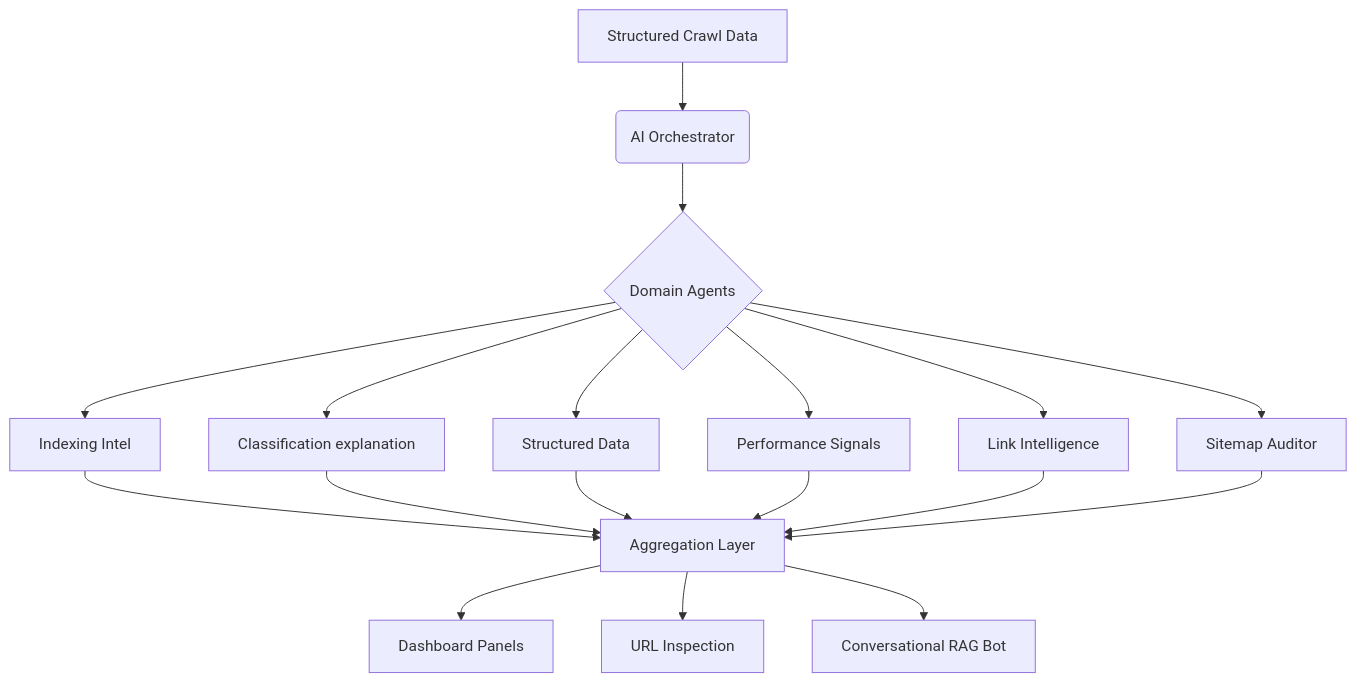
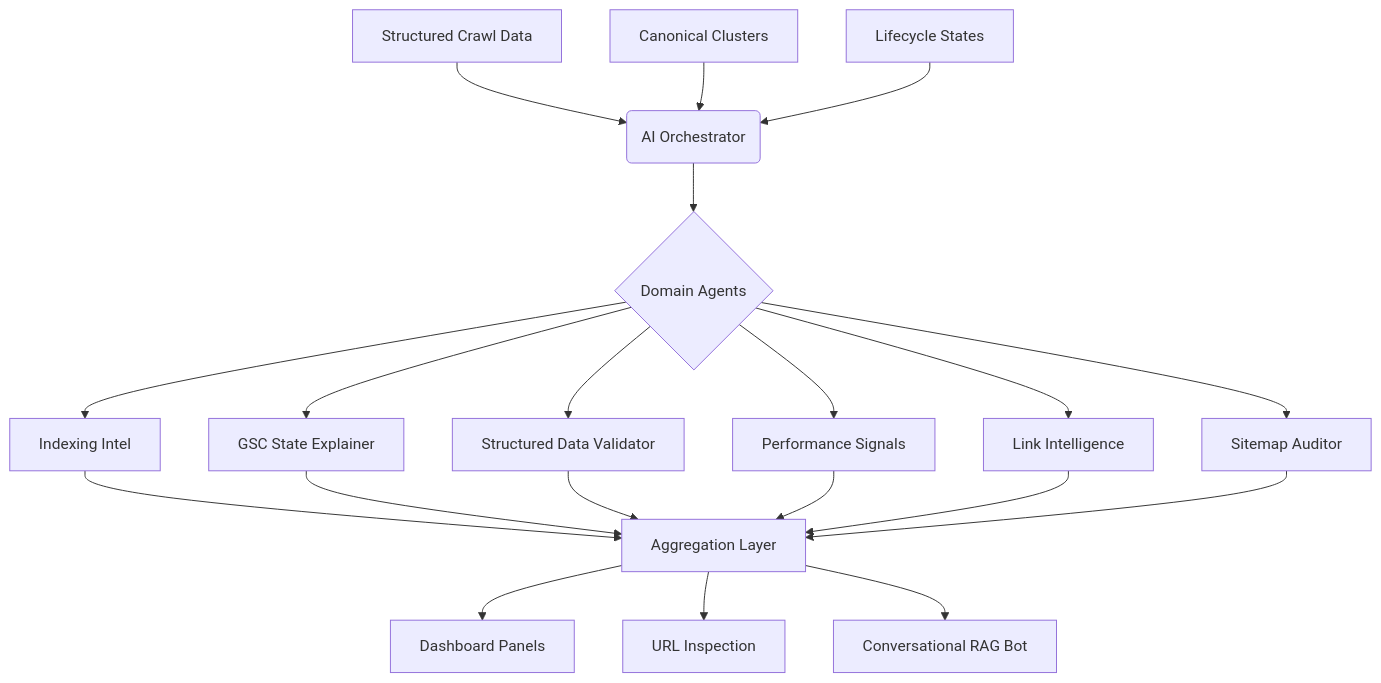
One commit to Thunderk3g/seo changed the first of 2 diagrams in docs/AI Agent Structure.md. Above: the diagram before and after it, drawn with Mermaid. The commit also changed other lines of this file and 14 other files, not shown here.

Commit message:
Implement GSC-aligned URL lifecycle states, canonical resolution, and AI agents

````diff
--- a/docs/AI Agent Structure.md
+++ b/docs/AI Agent Structure.md
@@ -21,15 +23,17 @@
 ```mermaid
 graph TD
     A[Structured Crawl Data] --> B(AI Orchestrator)
+    A2[Canonical Clusters] --> B
+    A3[Lifecycle States] --> B
     B --> C{Domain Agents}
     C --> D1[Indexing Intel]
-    C --> D2[Classification explanation]
-    C --> D3[Structured Data]
+    C --> D2[GSC State Explainer]
+    C --> D3[Structured Data Validator]
     C --> D4[Performance Signals]
     C --> D5[Link Intelligence]
     C --> D6[Sitemap Auditor]
     D1 & D2 & D3 & D4 & D5 & D6 --> E[Aggregation Layer]
     E --> F[Dashboard Panels]
     E --> G[URL Inspection]
     E --> H[Conversational RAG Bot]
 ```
````
